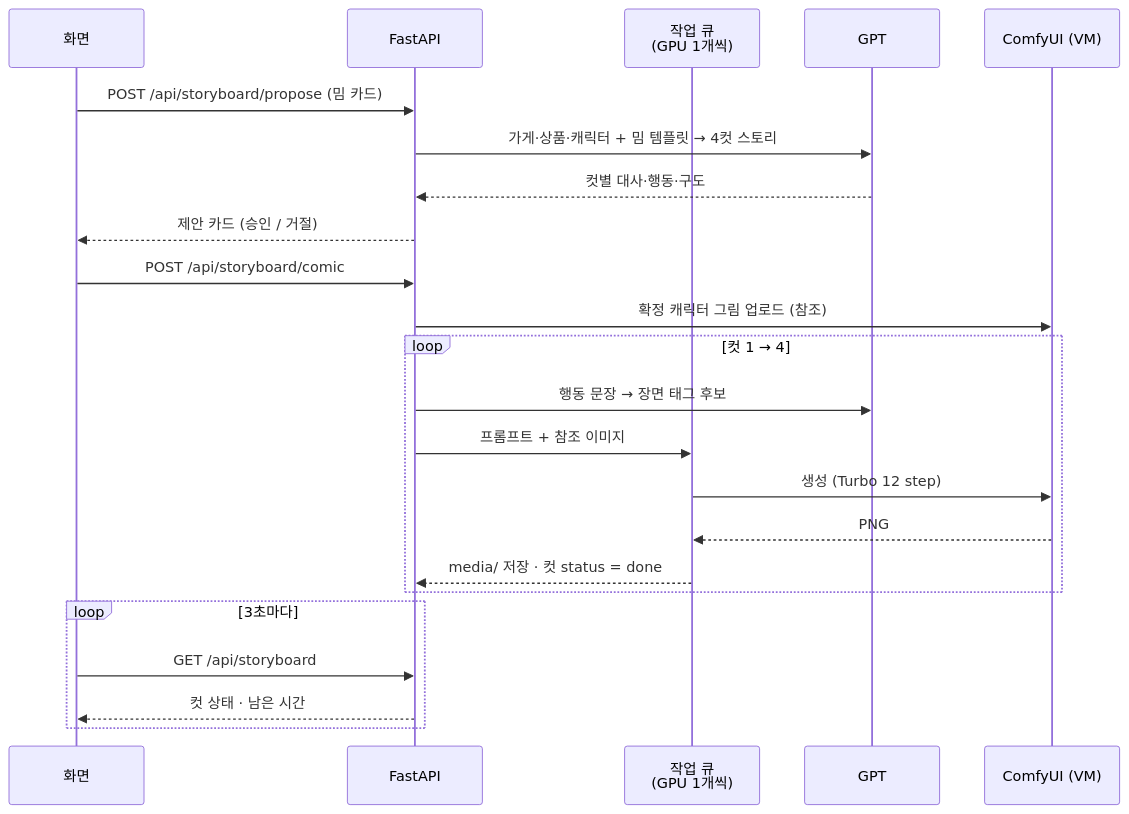
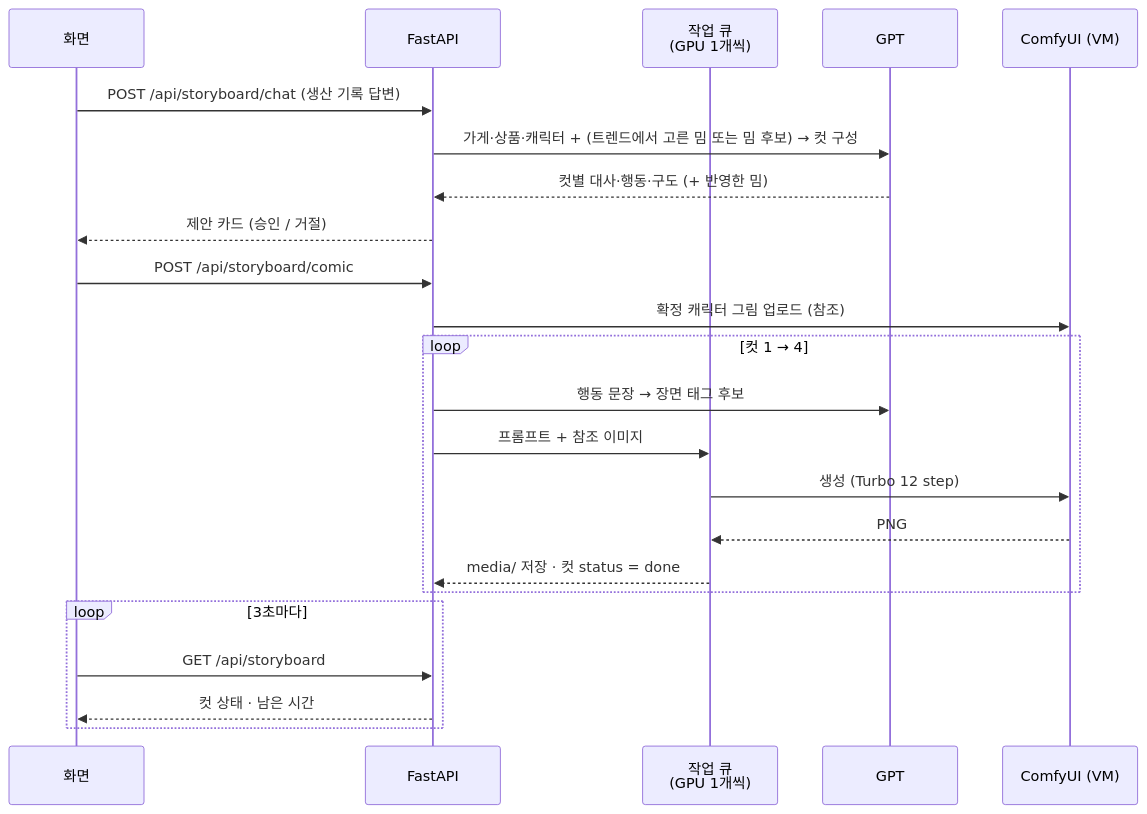
The third of 4 diagrams in README.md (beomjin2/Adflow), drawn with Mermaid before and after one commit. The commit also changed other lines of this file and 17 other files, not shown here.

````diff
--- a/README.md
+++ b/README.md
@@ -53,26 +53,26 @@
 ```mermaid
 sequenceDiagram
     participant U as 화면
     participant API as FastAPI
     participant J as 작업 큐<br/>(GPU 1개씩)
     participant G as GPT
     participant CF as ComfyUI (VM)
 
-    U->>API: POST /api/storyboard/propose (밈 카드)
-    API->>G: 가게·상품·캐릭터 + 밈 템플릿 → 4컷 스토리
-    G-->>API: 컷별 대사·행동·구도
+    U->>API: POST /api/storyboard/chat (생산 기록 답변)
+    API->>G: 가게·상품·캐릭터 + (트렌드에서 고른 밈 또는 밈 후보) → 컷 구성
+    G-->>API: 컷별 대사·행동·구도 (+ 반영한 밈)
     API-->>U: 제안 카드 (승인 / 거절)
     U->>API: POST /api/storyboard/comic
     API->>CF: 확정 캐릭터 그림 업로드 (참조)
     loop 컷 1 → 4
         API->>G: 행동 문장 → 장면 태그 후보
         API->>J: 프롬프트 + 참조 이미지
         J->>CF: 생성 (Turbo 12 step)
         CF-->>J: PNG
         J-->>API: media/ 저장 · 컷 status = done
     end
     loop 3초마다
         U->>API: GET /api/storyboard
         API-->>U: 컷 상태 · 남은 시간
     end
 ```
````
